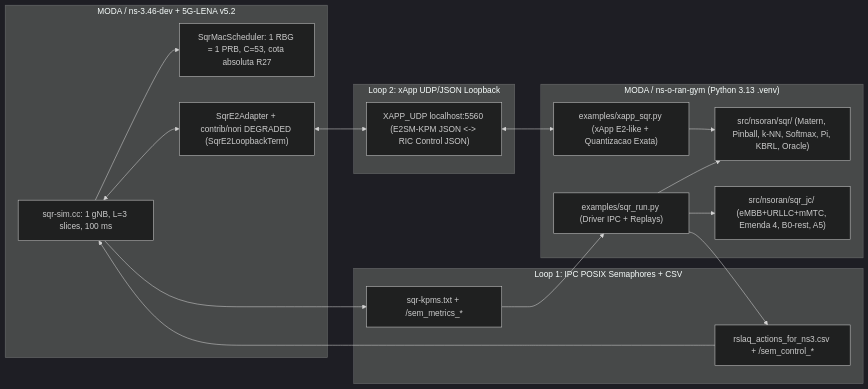
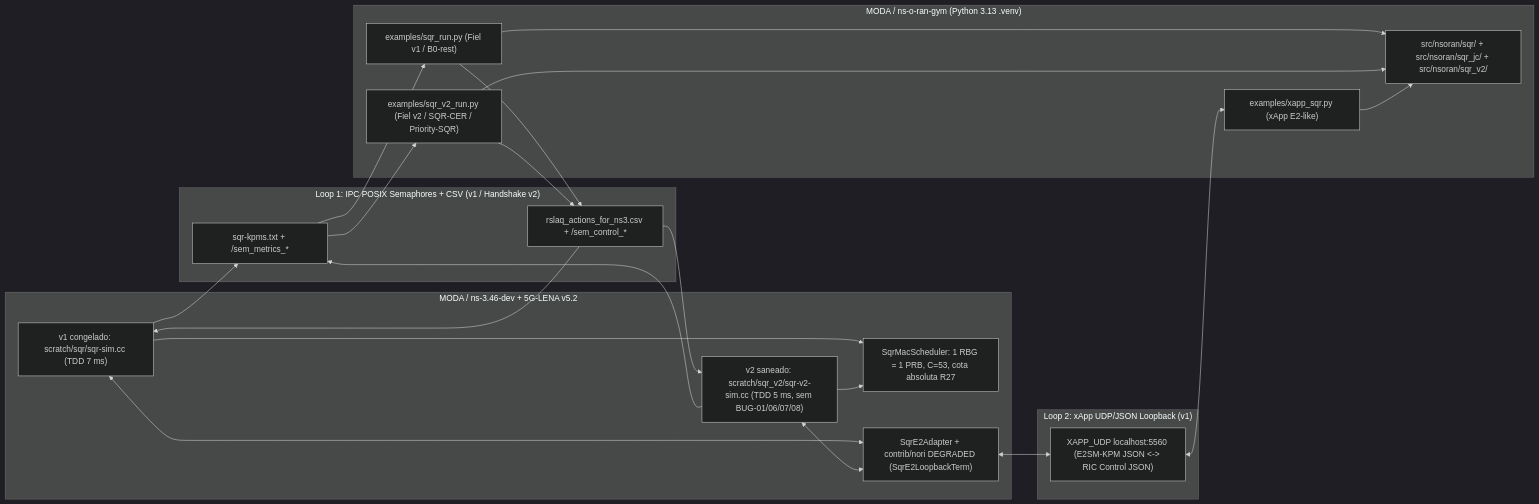
Before and after one commit to Eliothluy/Jussi_SBRC: the diagram in README.md, drawn with Mermaid (dark theme). The commit also changed other lines of this file and 1790 other files, not shown here.

Commit message:
feat(sqr-v2): sanitize v2, SQR-CER eval, 3GPP audit, faithful comparison and README

````diff
--- a/README.md
+++ b/README.md
@@ -24,33 +27,38 @@
 ```mermaid
 flowchart LR
     subgraph NS3["MODA / ns-3.46-dev + 5G-LENA v5.2"]
-        SIM["sqr-sim.cc: 1 gNB, L=3 slices, 100 ms"]
+        SIM1["v1 congelado: scratch/sqr/sqr-sim.cc (TDD 7 ms)"]
+        SIM2["v2 saneado: scratch/sqr_v2/sqr-v2-sim.cc (TDD 5 ms, sem BUG-01/06/07/08)"]
         MAC["SqrMacScheduler: 1 RBG = 1 PRB, C=53, cota absoluta R27"]
         E2A["SqrE2Adapter + contrib/nori DEGRADED (SqrE2LoopbackTerm)"]
-        SIM --> MAC
-        SIM <--> E2A
+        SIM1 --> MAC
+        SIM2 --> MAC
+        SIM1 <--> E2A
+        SIM2 <--> E2A
     end
 
-    subgraph IPC["Loop 1: IPC POSIX Semaphores + CSV"]
+    subgraph IPC["Loop 1: IPC POSIX Semaphores + CSV (v1 / Handshake v2)"]
         KPM["sqr-kpms.txt + /sem_metrics_*"]
         ACT["rslaq_actions_for_ns3.csv + /sem_control_*"]
     end
 
-    subgraph E2["Loop 2: xApp UDP/JSON Loopback"]
+    subgraph E2["Loop 2: xApp UDP/JSON Loopback (v1)"]
         UDP["XAPP_UDP localhost:5560 (E2SM-KPM JSON <-> RIC Control JSON)"]
     end
 
     subgraph PY["MODA / ns-o-ran-gym (Python 3.13 .venv)"]
-        RUN["examples/sqr_run.py (Driver IPC + Replays)"]
-        XAPP["examples/xapp_sqr.py (xApp E2-like + Quantizacao Exata)"]
-        SQR["src/nsoran/sqr/ (Matern, Pinball, k-NN, Softmax, Pi, KBRL, Oracle)"]
-        JC["src/nsoran/sqr_jc/ (eMBB+URLLC+mMTC, Emenda 4, B0-rest, A5)"]
+        RUN1["examples/sqr_run.py (Fiel v1 / B0-rest)"]
+        RUN2["examples/sqr_v2_run.py (Fiel v2 / SQR-CER / Priority-SQR)"]
+        XAPP["examples/xapp_sqr.py (xApp E2-like)"]
+        CORE["src/nsoran/sqr/ + src/nsoran/sqr_jc/ + src/nsoran/sqr_v2/"]
     end
 
-    SIM --> KPM --> RUN
-    RUN --> ACT --> SIM
+    SIM1 --> KPM --> RUN1
+    RUN1 --> ACT --> SIM1
+    SIM2 --> KPM --> RUN2
+    RUN2 --> ACT --> SIM2
     E2A <--> UDP <--> XAPP
-    RUN --> SQR
-    RUN --> JC
-    XAPP --> SQR
+    RUN1 --> CORE
+    RUN2 --> CORE
+    XAPP --> CORE
 ```
````
